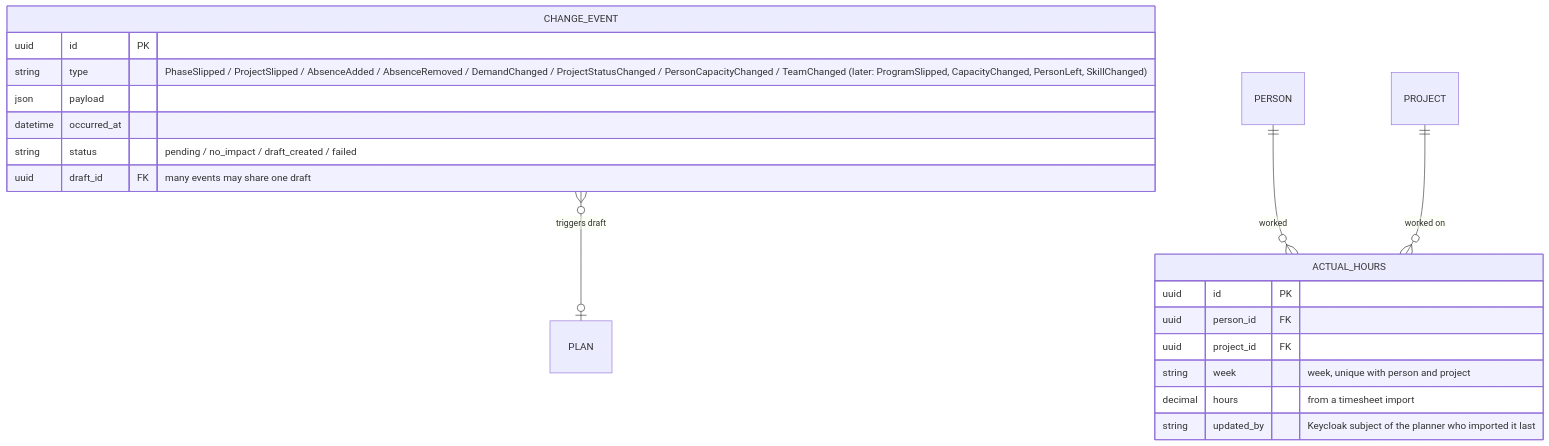
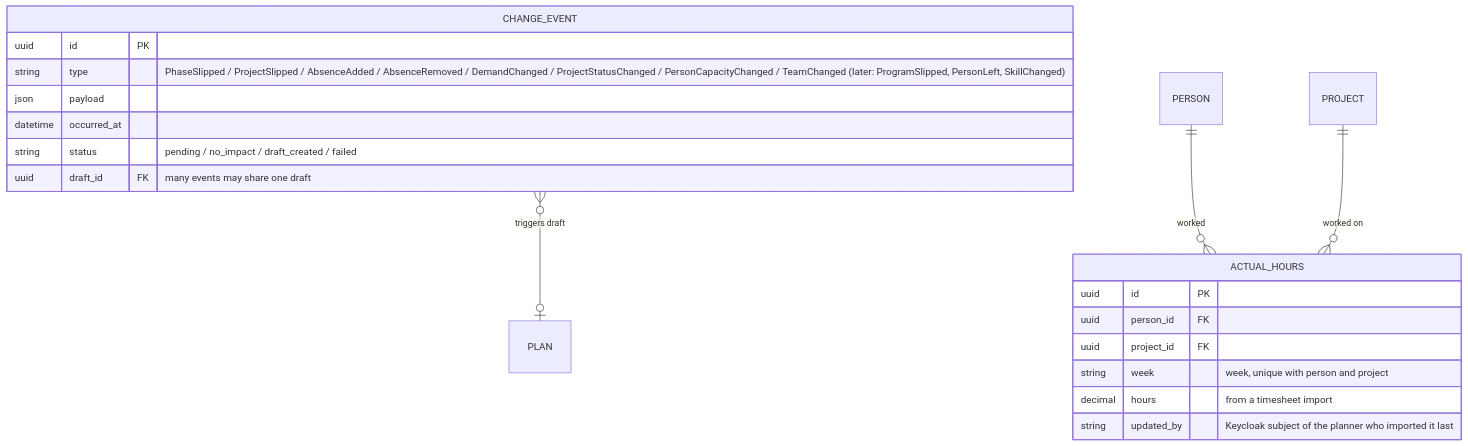
Before and after one commit to dophnamm/the-slot-finder: the eighth of 14 diagrams in README.md, drawn with Mermaid. The commit also changed other lines of this file and 13 other files, not shown here.

````diff
--- a/README.md
+++ b/README.md
@@ -470,23 +405,23 @@
 ```mermaid
 erDiagram
   CHANGE_EVENT }o--o| PLAN : "triggers draft"
   PERSON ||--o{ ACTUAL_HOURS : worked
   PROJECT ||--o{ ACTUAL_HOURS : "worked on"
 
   CHANGE_EVENT {
     uuid id PK
-    string type "PhaseSlipped / ProjectSlipped / AbsenceAdded / AbsenceRemoved / DemandChanged / ProjectStatusChanged / PersonCapacityChanged / TeamChanged (later: ProgramSlipped, CapacityChanged, PersonLeft, SkillChanged)"
+    string type "PhaseSlipped / ProjectSlipped / AbsenceAdded / AbsenceRemoved / DemandChanged / ProjectStatusChanged / PersonCapacityChanged / TeamChanged (later: ProgramSlipped, PersonLeft, SkillChanged)"
     json payload
     datetime occurred_at
     string status "pending / no_impact / draft_created / failed"
     uuid draft_id FK "many events may share one draft"
   }
   ACTUAL_HOURS {
     uuid id PK
     uuid person_id FK
     uuid project_id FK
     string week "week, unique with person and project"
     decimal hours "from a timesheet import"
     string updated_by "Keycloak subject of the planner who imported it last"
   }
 ```
````
